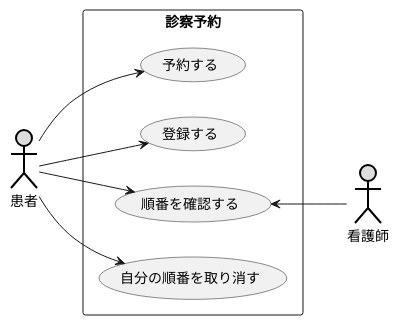
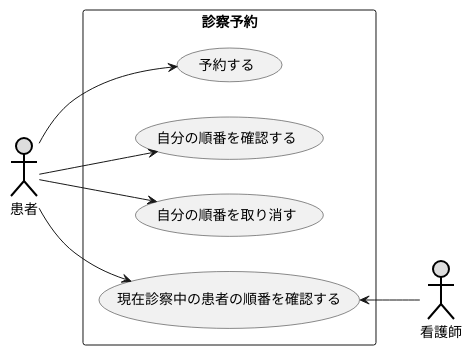
The diagram in 演習6-3_ユースケース図_診察予約システム.pu (Takhshi/uml-introduction), drawn with PlantUML before and after one commit. The commit also changed 1 other file, not shown here.

```diff
--- a/演習6-3_ユースケース図_診察予約システム.pu
+++ b/演習6-3_ユースケース図_診察予約システム.pu
@@ -1,16 +1,16 @@
 @startuml 演習6-3-1
 left to right direction
 actor 患者 #DDDDDD;line:black;line.bold;
 actor 看護師 #DDDDDD;line:black;line.bold;
 rectangle 診察予約 {
 usecase 予約する
-usecase 登録する
-usecase 順番を確認する
+usecase 自分の順番を確認する
 usecase 自分の順番を取り消す
+usecase 現在診察中の患者の順番を確認する
 }
 患者 --> 予約する
-患者 --> 登録する
-患者 --> 順番を確認する
+患者 --> 自分の順番を確認する
 患者 --> 自分の順番を取り消す
-順番を確認する <-- 看護師
+患者 --> 現在診察中の患者の順番を確認する
+現在診察中の患者の順番を確認する <-- 看護師
 @enduml
```
